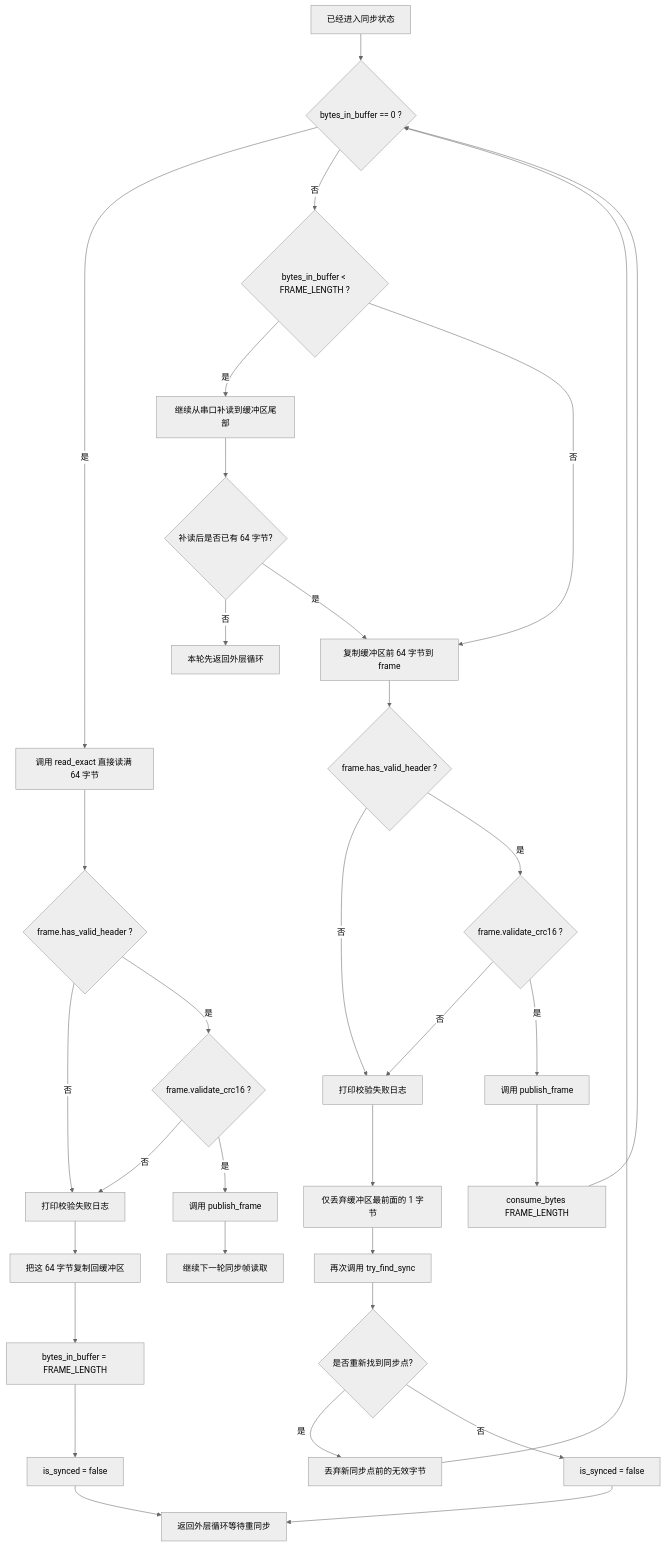
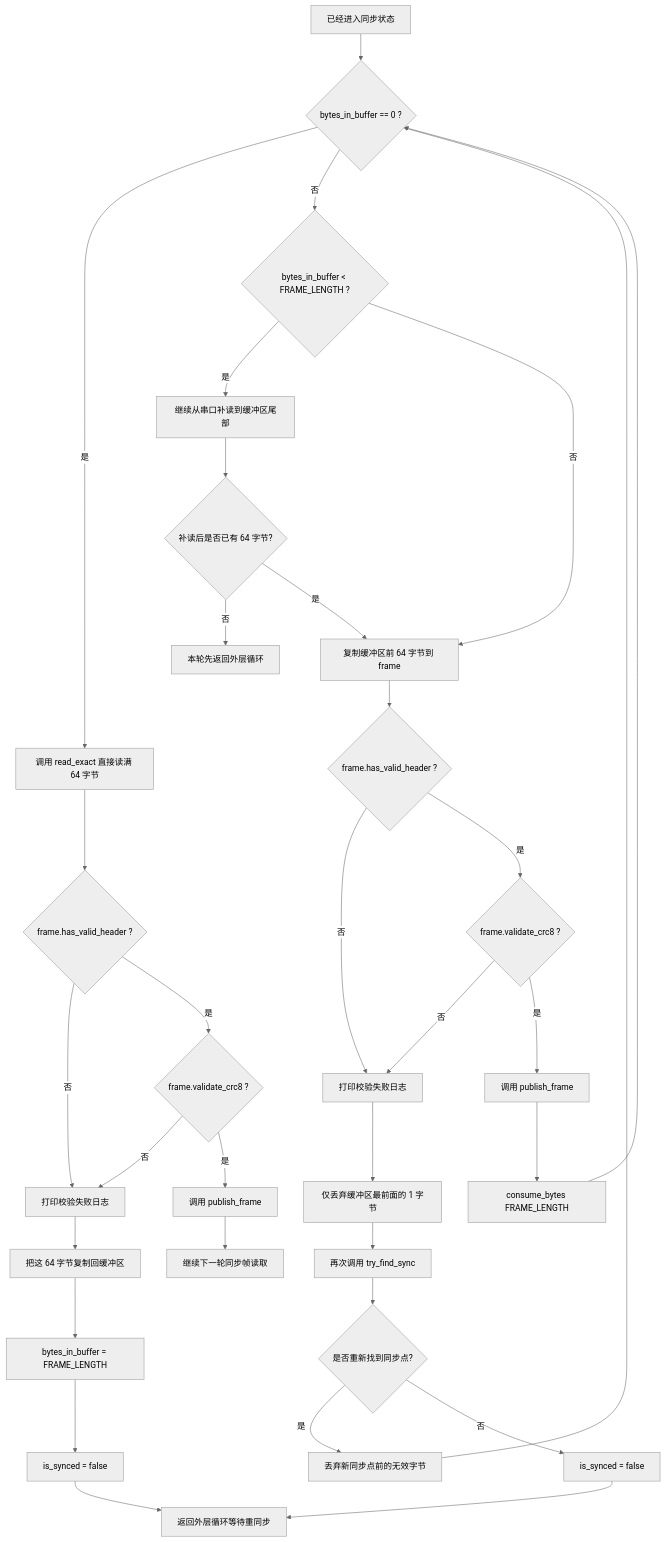
The diagram in docs/frame_sync/03_已同步后处理.md (ecuster21/MissionComputerTeach), drawn with Mermaid (neutral theme) before and after one commit. The commit also changed other lines of this file and 16 other files, not shown here.

````diff
--- a/docs/frame_sync/03_已同步后处理.md
+++ b/docs/frame_sync/03_已同步后处理.md
@@ -5,40 +5,40 @@
 ```mermaid
 flowchart TB
     A[已经进入同步状态] --> B{bytes_in_buffer == 0 ?}
 
     B -- 是 --> C[调用 read_exact 直接读满 64 字节]
     C --> D{frame.has_valid_header ?}
     D -- 否 --> E[打印校验失败日志]
-    D -- 是 --> F{frame.validate_crc16 ?}
+    D -- 是 --> F{frame.validate_crc8 ?}
     F -- 否 --> E
     F -- 是 --> G[调用 publish_frame]
     G --> H[继续下一轮同步帧读取]
 
     E --> I[把这 64 字节复制回缓冲区]
     I --> J[bytes_in_buffer = FRAME_LENGTH]
     J --> K[is_synced = false]
     K --> L[返回外层循环等待重同步]
 
     B -- 否 --> M{bytes_in_buffer < FRAME_LENGTH ?}
     M -- 是 --> N[继续从串口补读到缓冲区尾部]
     N --> O{补读后是否已有 64 字节?}
     O -- 否 --> L2[本轮先返回外层循环]
     O -- 是 --> P[复制缓冲区前 64 字节到 frame]
     M -- 否 --> P[复制缓冲区前 64 字节到 frame]
 
     P --> Q{frame.has_valid_header ?}
     Q -- 否 --> R[打印校验失败日志]
-    Q -- 是 --> S{frame.validate_crc16 ?}
+    Q -- 是 --> S{frame.validate_crc8 ?}
     S -- 否 --> R
     S -- 是 --> T[调用 publish_frame]
     T --> U[consume_bytes FRAME_LENGTH]
     U --> B
 
     R --> V[仅丢弃缓冲区最前面的 1 字节]
     V --> W[再次调用 try_find_sync]
     W --> X{是否重新找到同步点?}
     X -- 是 --> Y[丢弃新同步点前的无效字节]
     Y --> B
     X -- 否 --> Z[is_synced = false]
     Z --> L
 ```
````
